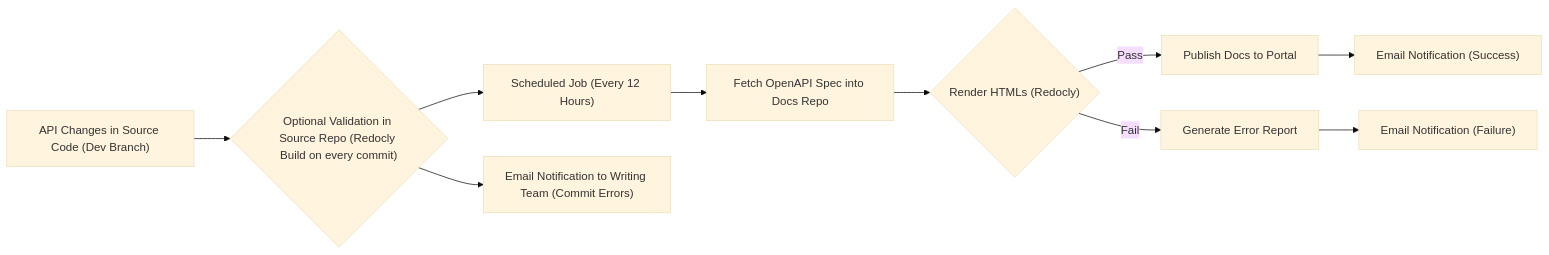
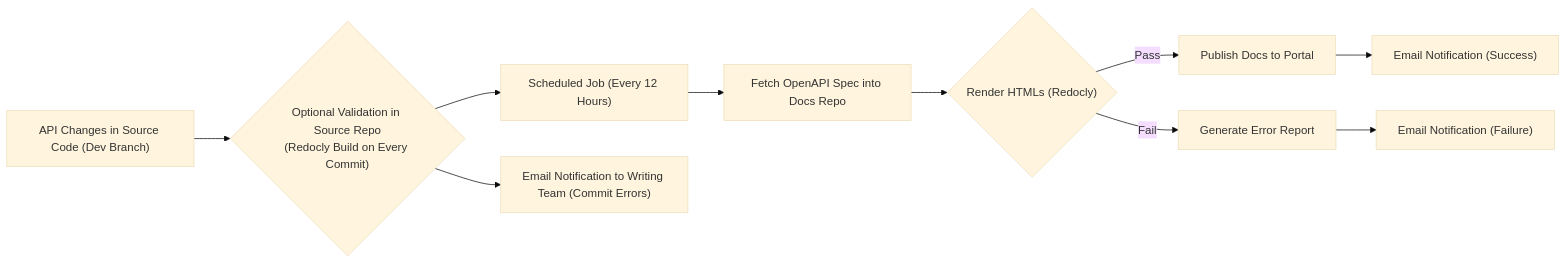
One commit to veera-linga/blogs changed the second of 2 diagrams in automating-openapi-docs.md. Above: the diagram before and after it, drawn with Mermaid.

```diff
--- a/automating-openapi-docs.md
+++ b/automating-openapi-docs.md
@@ -45,14 +45,14 @@
 <div class="mermaid">
 %%{init: {'theme':'base', 'flowchart': {'layout': 'elk'}}}%%
 flowchart LR
   A["API Changes in Source Code (Dev Branch)"]
-  A --> B{"Optional Validation in Source Repo (Redocly Build on every commit)"}
+  A --> B{"Optional Validation in Source Repo</br>(Redocly Build on Every Commit)"}
   B --> C["Scheduled Job (Every 12 Hours)"]
   B --> J["Email Notification to Writing Team (Commit Errors)"]
   C --> D["Fetch OpenAPI Spec into Docs Repo"]
   D --> E{"Render HTMLs (Redocly)"}
   E -- Pass --> F["Publish Docs to Portal"]
   F --> G["Email Notification (Success)"]
   E -- Fail --> H["Generate Error Report"]
   H --> I["Email Notification (Failure)"]
 </div>
```
